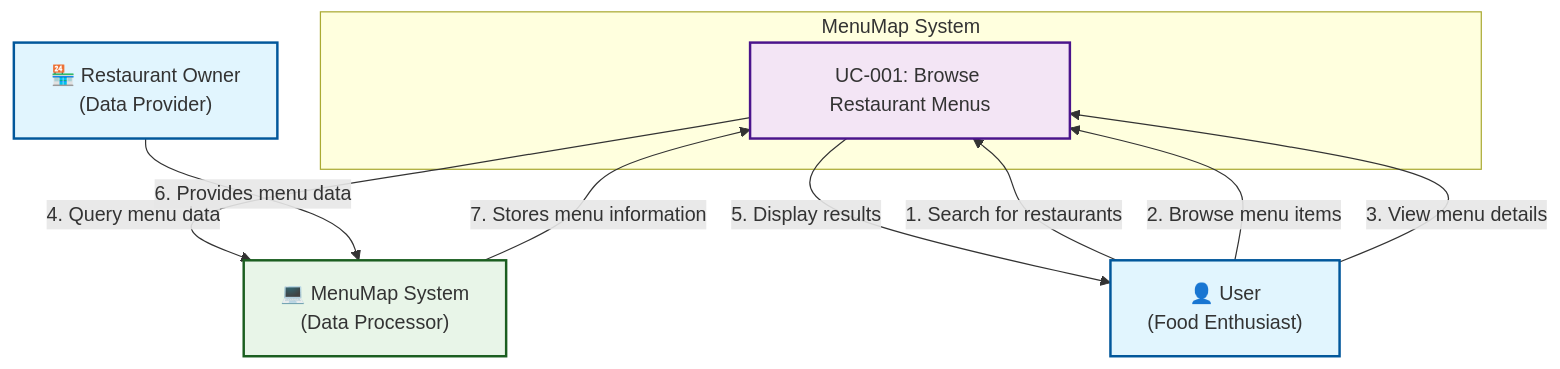
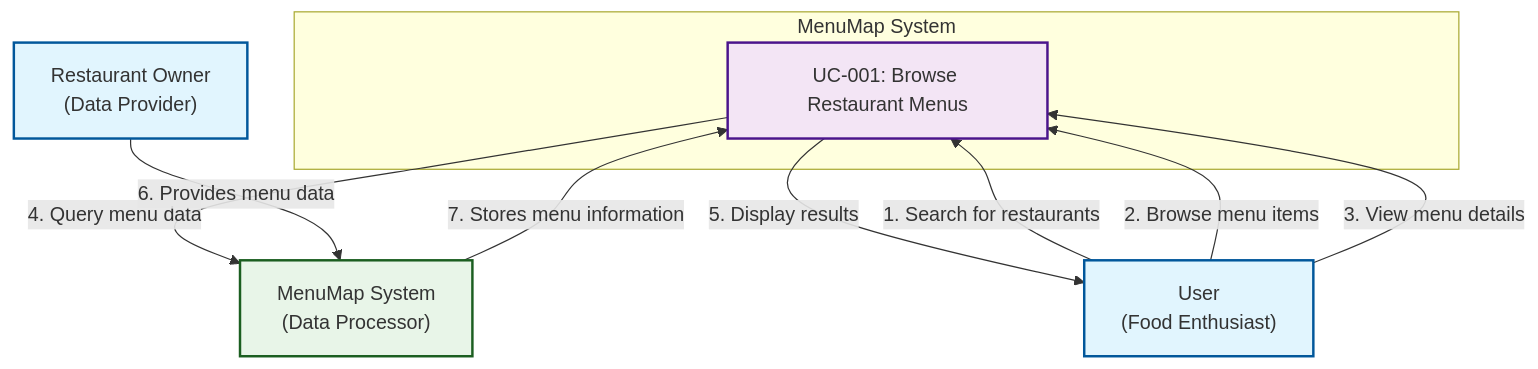
One commit to AndreLewis1400/MenuMap changed the first of 4 diagrams in Deliverable3_Implementation/AndreLewis1400/MenuMap/Deliverable1_Requirements/Use_Case_Diagrams.md. Above: the diagram before and after it, drawn with Mermaid. The commit also changed other lines of this file and 151 other files, not shown here.

````diff
--- a/Deliverable3_Implementation/AndreLewis1400/MenuMap/Deliverable1_Requirements/Use_Case_Diagrams.md
+++ b/Deliverable3_Implementation/AndreLewis1400/MenuMap/Deliverable1_Requirements/Use_Case_Diagrams.md
@@ -37,28 +37,28 @@
 ```mermaid
 graph TB
-    subgraph "MenuMap System"
-        UC1["UC-001: Browse Restaurant Menus"]
-    end
-    
-    User["👤 User<br/>(Food Enthusiast)"]
-    RestaurantOwner["🏪 Restaurant Owner<br/>(Data Provider)"]
-    System["💻 MenuMap System<br/>(Data Processor)"]
-    
-    User -->|"1. Search for restaurants"| UC1
-    User -->|"2. Browse menu items"| UC1
-    User -->|"3. View menu details"| UC1
-    
-    UC1 -->|"4. Query menu data"| System
-    UC1 -->|"5. Display results"| User
-    
-    RestaurantOwner -->|"6. Provides menu data"| System
-    System -->|"7. Stores menu information"| UC1
-    
-    classDef actor fill:#e1f5fe,stroke:#01579b,stroke-width:2px
-    classDef usecase fill:#f3e5f5,stroke:#4a148c,stroke-width:2px
-    classDef system fill:#e8f5e8,stroke:#1b5e20,stroke-width:2px
-    
-    class User,RestaurantOwner actor
-    class UC1 usecase
-    class System system
+ subgraph "MenuMap System"
+ UC1["UC-001: Browse Restaurant Menus"]
+ end
+ 
+ User[" User<br/>(Food Enthusiast)"]
+ RestaurantOwner[" Restaurant Owner<br/>(Data Provider)"]
+ System[" MenuMap System<br/>(Data Processor)"]
+ 
+ User -->|"1. Search for restaurants"| UC1
+ User -->|"2. Browse menu items"| UC1
+ User -->|"3. View menu details"| UC1
+ 
+ UC1 -->|"4. Query menu data"| System
+ UC1 -->|"5. Display results"| User
+ 
+ RestaurantOwner -->|"6. Provides menu data"| System
+ System -->|"7. Stores menu information"| UC1
+ 
+ classDef actor fill:#e1f5fe,stroke:#01579b,stroke-width:2px
+ classDef usecase fill:#f3e5f5,stroke:#4a148c,stroke-width:2px
+ classDef system fill:#e8f5e8,stroke:#1b5e20,stroke-width:2px
+ 
+ class User,RestaurantOwner actor
+ class UC1 usecase
+ class System system
 ```
````
